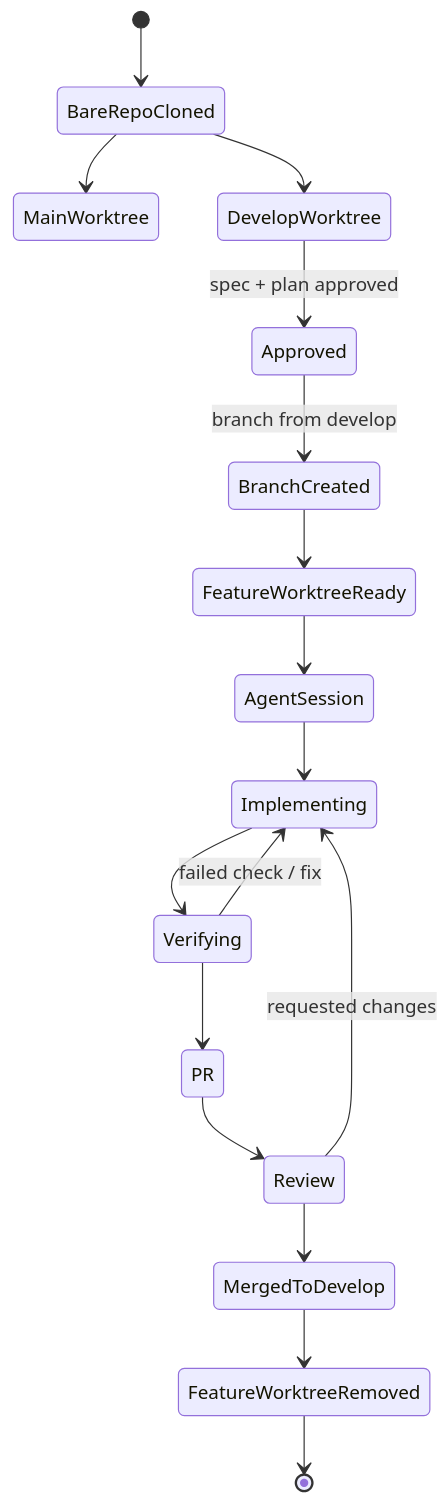
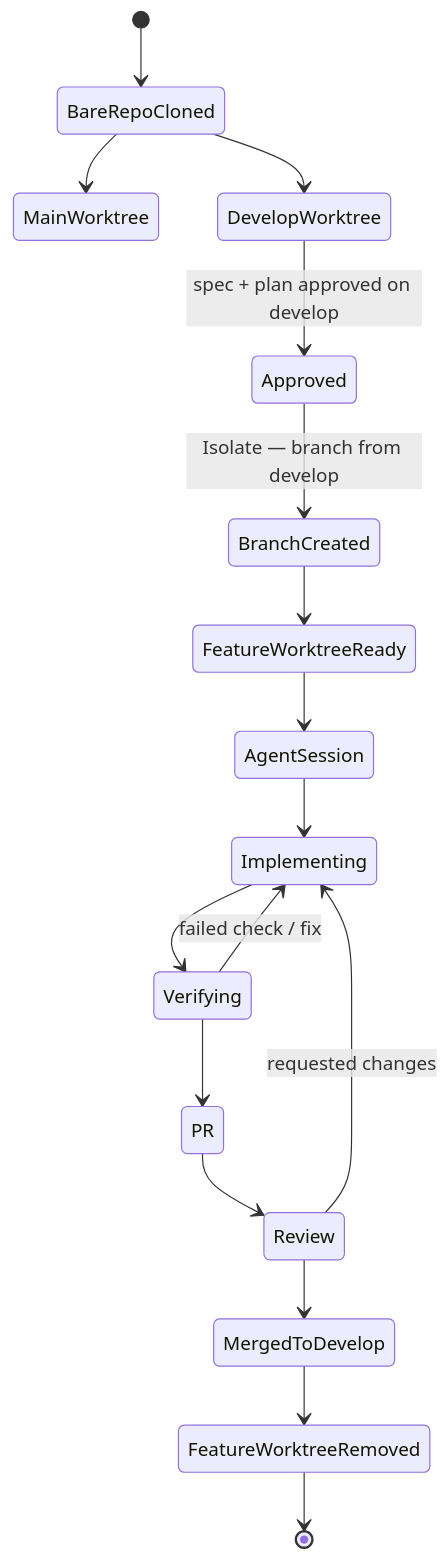
The diagram in diagrams/worktree-flow.md (prishanf/AI-Development-Framework), drawn with Mermaid before and after one commit. The commit also changed other lines of this file and 7 other files, not shown here.

````diff
--- a/diagrams/worktree-flow.md
+++ b/diagrams/worktree-flow.md
@@ -5,19 +5,19 @@
 ```mermaid
 stateDiagram-v2
     [*] --> BareRepoCloned
     BareRepoCloned --> MainWorktree
     BareRepoCloned --> DevelopWorktree
-    DevelopWorktree --> Approved: spec + plan approved
-    Approved --> BranchCreated: branch from develop
+    DevelopWorktree --> Approved: spec + plan approved on develop
+    Approved --> BranchCreated: Isolate — branch from develop
     BranchCreated --> FeatureWorktreeReady
     FeatureWorktreeReady --> AgentSession
     AgentSession --> Implementing
     Implementing --> Verifying
     Verifying --> Implementing: failed check / fix
     Verifying --> PR
     PR --> Review
     Review --> Implementing: requested changes
     Review --> MergedToDevelop
     MergedToDevelop --> FeatureWorktreeRemoved
     FeatureWorktreeRemoved --> [*]
 ```
````
